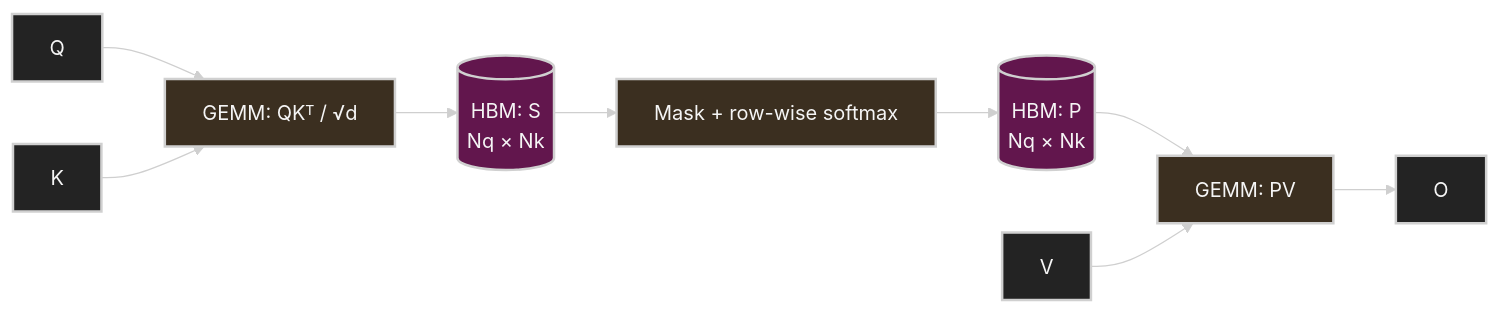
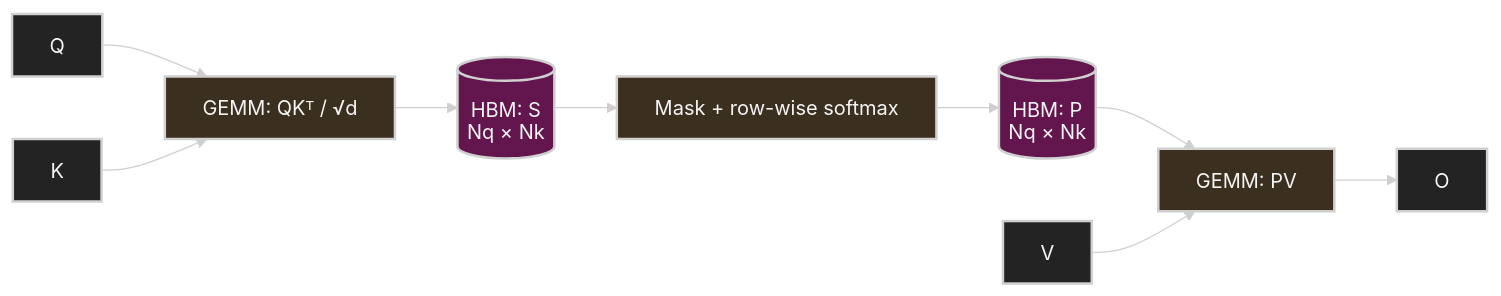
One commit to ziwon/ai-data-center-network changed the first of 7 diagrams in inference/flashattention-from-first-principles/README.md. Above: the diagram before and after it, drawn with Mermaid. The commit also changed other lines of this file and 1 other file, not shown here.

Commit message:
fix(flashattention): prevent Mermaid label clipping

````diff
--- a/inference/flashattention-from-first-principles/README.md
+++ b/inference/flashattention-from-first-principles/README.md
@@ -91,20 +91,20 @@
 ```mermaid
-%%{init: {"theme": "base", "themeVariables": {"background": "#171717", "primaryColor": "#232323", "primaryTextColor": "#f5f5f5", "primaryBorderColor": "#d0d0d0", "lineColor": "#cfcfcf", "fontFamily": "Inter, Arial, sans-serif"}}}%%
+%%{init: {"theme": "base", "htmlLabels": false, "themeVariables": {"background": "#171717", "primaryColor": "#232323", "primaryTextColor": "#f5f5f5", "primaryBorderColor": "#d0d0d0", "lineColor": "#cfcfcf", "fontFamily": "Inter, Arial, sans-serif"}}}%%
 flowchart LR
     Q[Q] --> G1["GEMM: QKᵀ / √d"]
     K[K] --> G1
     G1 --> S[("HBM: S<br/>Nq × Nk")]
     S --> SM["Mask + row-wise softmax"]
     SM --> P[("HBM: P<br/>Nq × Nk")]
     P --> G2["GEMM: PV"]
     V[V] --> G2
     G2 --> O[O]
 
     classDef primary fill:#232323,stroke:#d0d0d0,color:#f5f5f5,stroke-width:2px;
     classDef secondary fill:#3b2f20,stroke:#d0d0d0,color:#f5f5f5,stroke-width:2px;
     classDef note fill:#52676b,stroke:#d0d0d0,color:#f5f5f5,stroke-width:2px;
     classDef accent fill:#62164d,stroke:#d0d0d0,color:#f5f5f5,stroke-width:2px;
     class Q,K,V,O primary
     class G1,SM,G2 secondary
     class S,P accent
 ```
````
